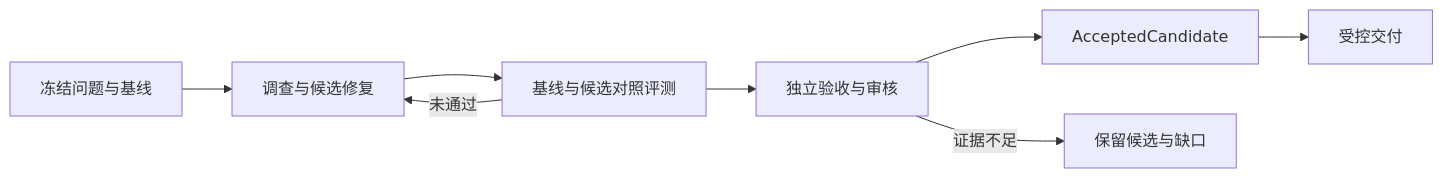
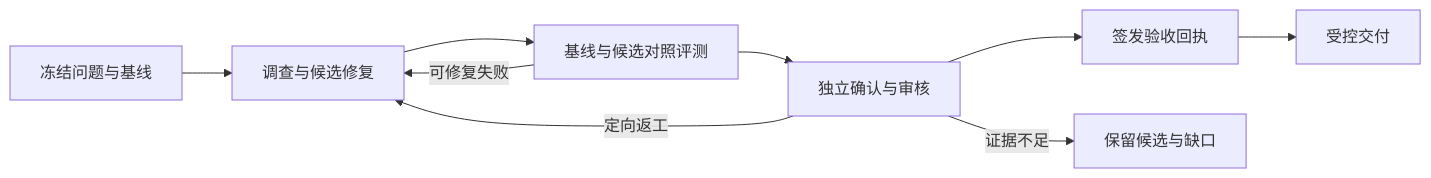
The diagram in README.md (Ling-ye/AgentStrata), drawn with Mermaid before and after one commit. The commit also changed other lines of this file and 15 other files, not shown here.

````diff
--- a/README.md
+++ b/README.md
@@ -13,10 +22,11 @@
 ```mermaid
 flowchart LR
     P[冻结问题与基线] --> R[调查与候选修复]
     R --> E[基线与候选对照评测]
-    E --> A[独立验收与审核]
-    A --> C[AcceptedCandidate]
-    E -- 未通过 --> R
+    E --> A[独立确认与审核]
+    A --> C[签发验收回执]
+    C --> D[受控交付]
+    E -- 可修复失败 --> R
+    A -- 定向返工 --> R
     A -- 证据不足 --> H[保留候选与缺口]
-    C --> D[受控交付]
 ```
````
